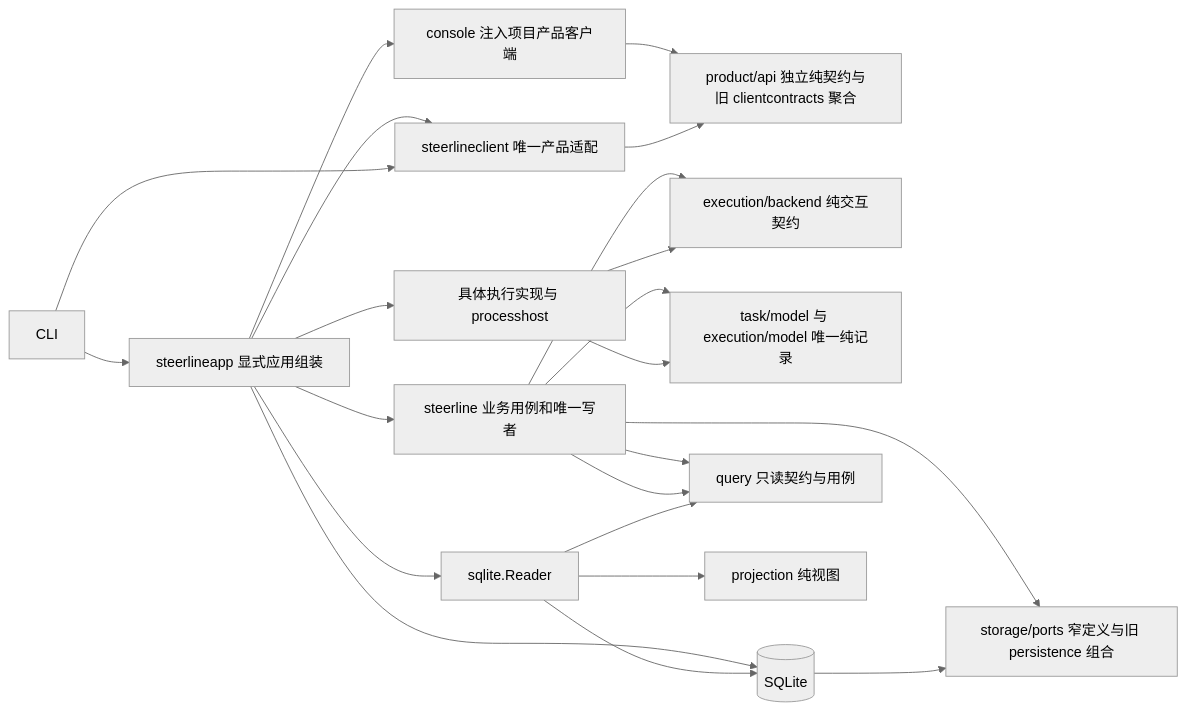
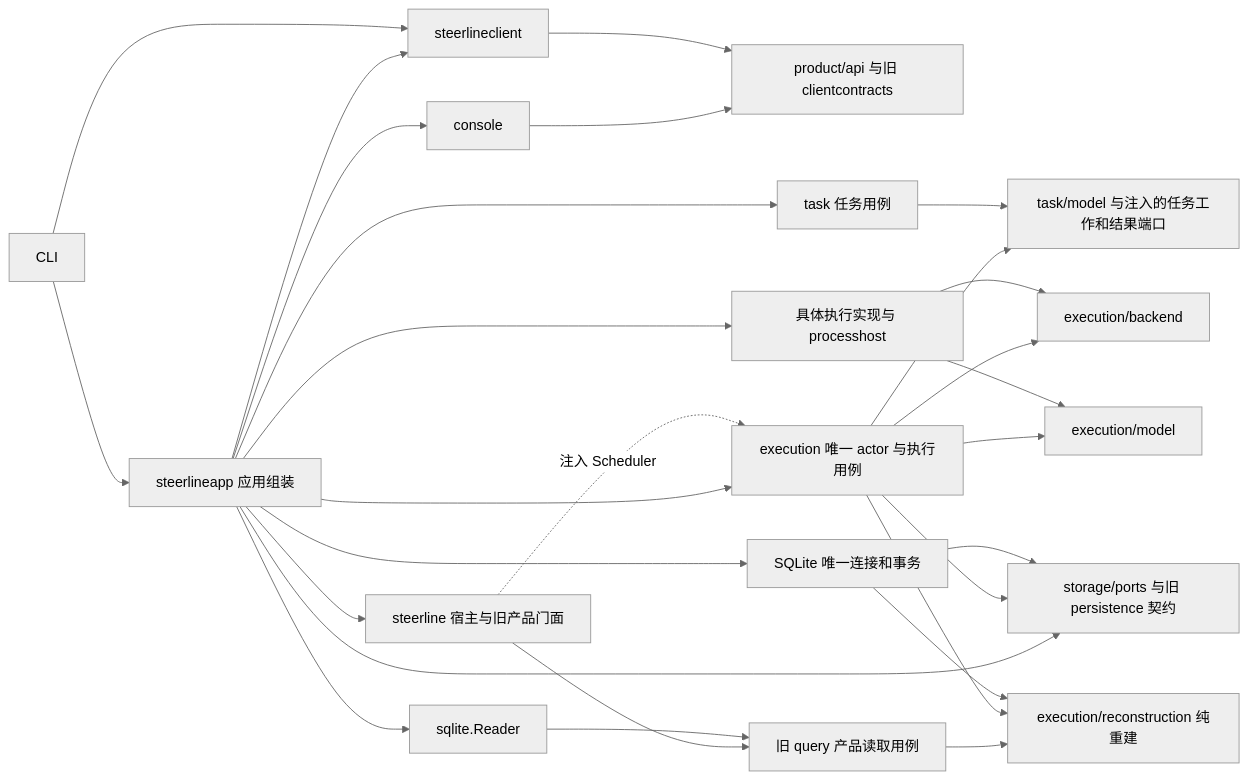
One commit to erranliu/SteerLine changed the first of 2 diagrams in docs/architecture/current-code-architecture.md. Above: the diagram before and after it, drawn with Mermaid (neutral theme). The commit also changed other lines of this file and 24 other files, not shown here.

````diff
--- a/docs/architecture/current-code-architecture.md
+++ b/docs/architecture/current-code-architecture.md
@@ -11,24 +11,30 @@
 ```mermaid
 flowchart LR
-    Entry[CLI] --> App[steerlineapp 显式应用组装]
-    App --> UI[console 注入项目产品客户端]
-    App --> Client[steerlineclient 唯一产品适配]
+    Entry[CLI] --> App[steerlineapp 应用组装]
+    App --> UI[console]
+    App --> Client[steerlineclient]
     Entry --> Client
-    UI --> Product
-    Client --> Product[product/api 独立纯契约与旧 clientcontracts 聚合]
-    App --> Core[steerline 业务用例和唯一写者]
+    UI --> Product[product/api 与旧 clientcontracts]
+    Client --> Product
+    App --> Task[task 任务用例]
+    App --> Exec[execution 唯一 actor 与执行用例]
+    App --> Host[steerline 宿主与旧产品门面]
+    Host -. 注入 Scheduler .-> Exec
+    Exec --> Work[task/model 与注入的任务工作和结果端口]
+    Task --> Work
+    Exec --> Ports[execution/backend]
+    Exec --> Records[execution/model]
     App --> Impl[具体执行实现与 processhost]
-    Core --> Ports[execution/backend 纯交互契约]
-    Core --> Records[task/model 与 execution/model 唯一纯记录]
     Impl --> Ports
     Impl --> Records
-    App --> DB[(SQLite)]
-    Core --> Persistence[storage/ports 窄定义与旧 persistence 组合]
+    App --> Persistence[storage/ports 与旧 persistence 契约]
+    Exec --> Persistence
+    App --> DB[SQLite 唯一连接和事务]
     DB --> Persistence
-    Core --> Query[query 只读契约与用例]
     App --> Reader[sqlite.Reader]
-    Core --> Query
+    Host --> Query[旧 query 产品读取用例]
     Reader --> Query
-    Reader --> DB
-    Reader --> Projection[projection 纯视图]
+    Query --> Projection[execution/reconstruction 纯重建]
+    Exec --> Projection
+    DB --> Projection
 ```
````
